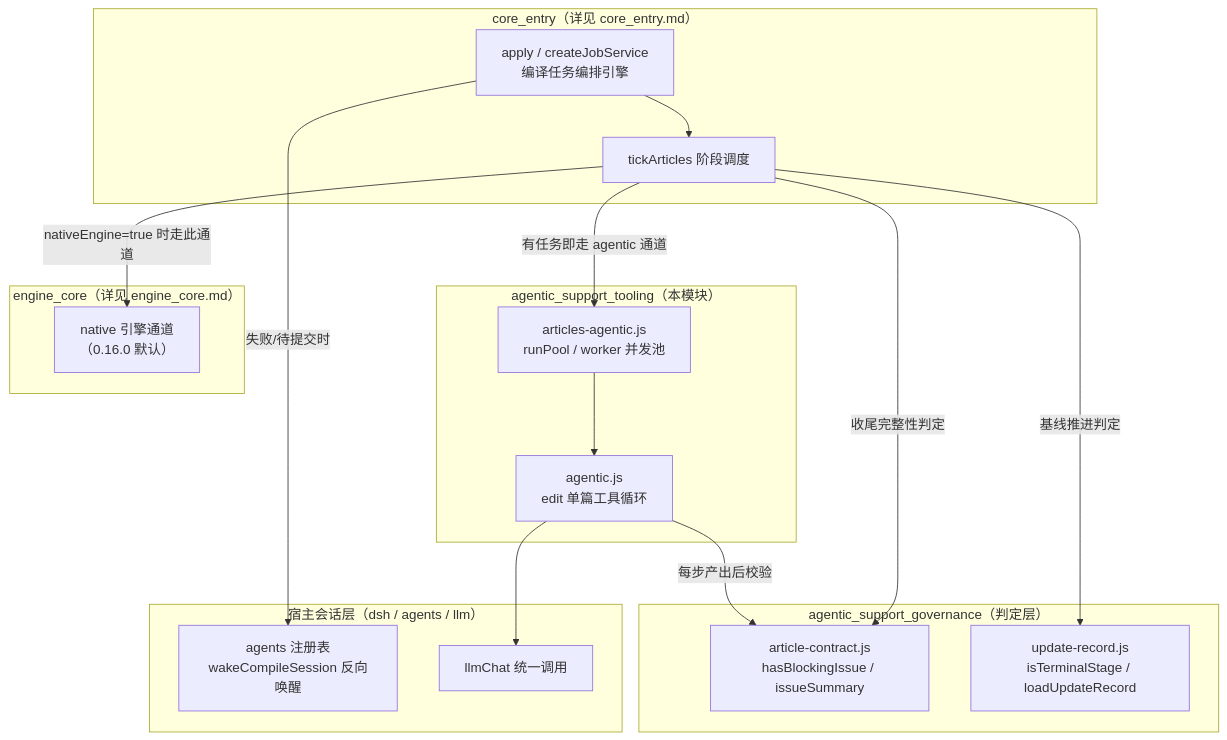
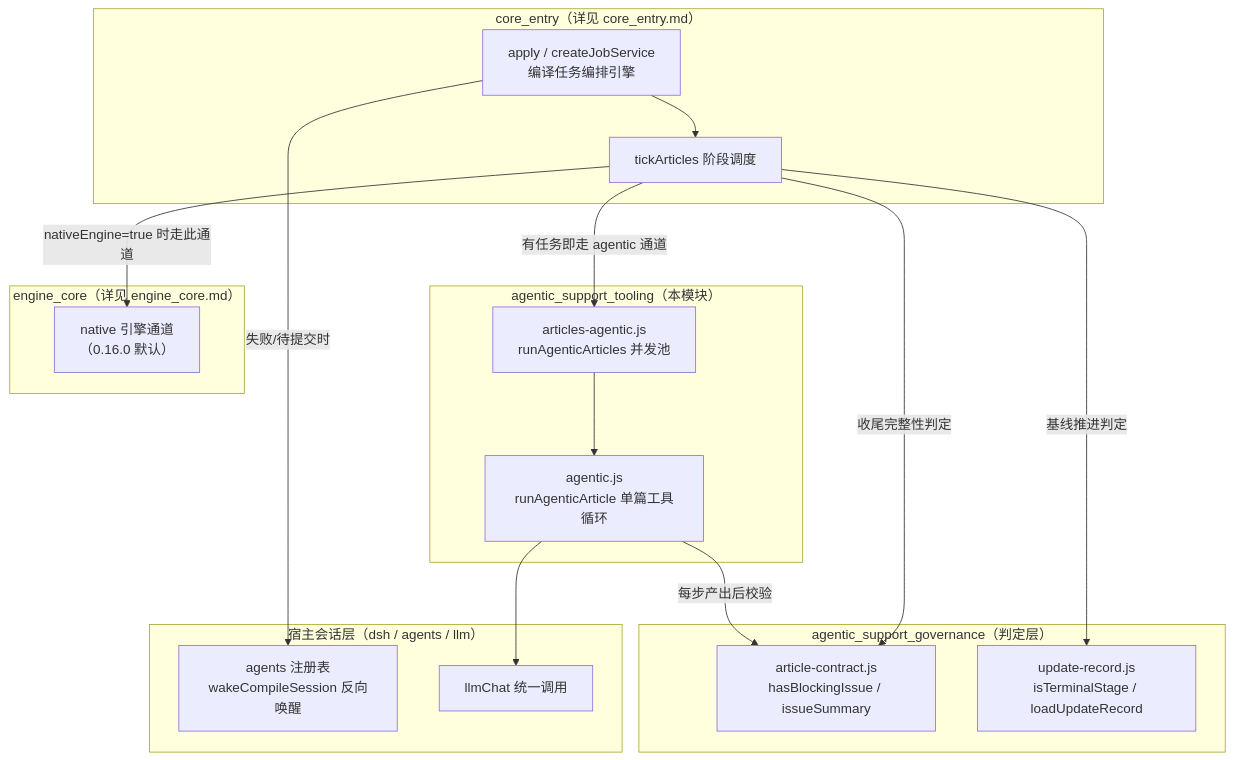
One commit to ikliml666/dsh-codewiki changed the first of 4 diagrams in .codewiki/_native-state/docs/agentic_support/agentic_support_tooling.md. Above: the diagram before and after it, drawn with Mermaid. The commit also changed other lines of this file and 19 other files, not shown here.

````diff
--- a/.codewiki/_native-state/docs/agentic_support/agentic_support_tooling.md
+++ b/.codewiki/_native-state/docs/agentic_support/agentic_support_tooling.md
@@ -20,36 +20,36 @@
 ```mermaid
 flowchart TB
     subgraph 宿主会话["宿主会话层（dsh / agents / llm）"]
         AG["agents 注册表<br/>wakeCompileSession 反向唤醒"]
         LLM["llmChat 统一调用"]
     end
 
     subgraph 入口["core_entry（详见 core_entry.md）"]
         APPLY["apply / createJobService<br/>编译任务编排引擎"]
         TICK["tickArticles 阶段调度"]
     end
 
     subgraph TOOLING["agentic_support_tooling（本模块）"]
-        RUNPOOL["articles-agentic.js<br/>runPool / worker 并发池"]
-        EDIT["agentic.js<br/>edit 单篇工具循环"]
+        RUNPOOL["articles-agentic.js<br/>runAgenticArticles 并发池"]
+        EDIT["agentic.js<br/>runAgenticArticle 单篇工具循环"]
     end
 
     subgraph GOVERNANCE["agentic_support_governance（判定层）"]
         CONTRACT["article-contract.js<br/>hasBlockingIssue / issueSummary"]
         RECORD["update-record.js<br/>isTerminalStage / loadUpdateRecord"]
     end
 
     subgraph ENGINE["engine_core（详见 engine_core.md）"]
         ENGINE_CLIENT["native 引擎通道<br/>（0.16.0 默认）"]
     end
 
     APPLY --> TICK
     TICK -- "有任务即走 agentic 通道" --> RUNPOOL
     RUNPOOL --> EDIT
     EDIT --> LLM
     EDIT -- "每步产出后校验" --> CONTRACT
     TICK -- "收尾完整性判定" --> CONTRACT
     TICK -- "基线推进判定" --> RECORD
     TICK -- "nativeEngine=true 时走此通道" --> ENGINE_CLIENT
     APPLY -- "失败/待提交时" --> AG
 ```
````
